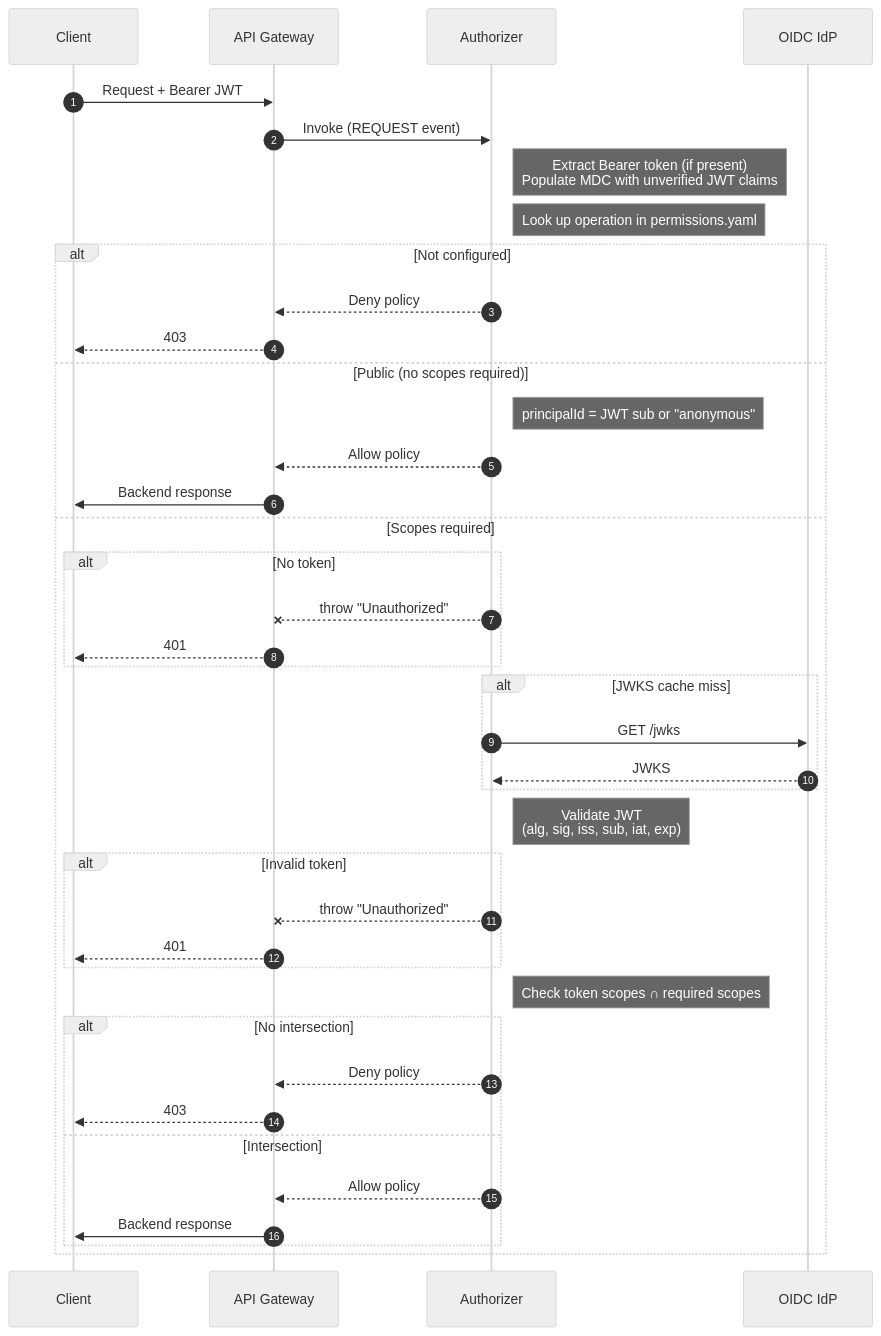
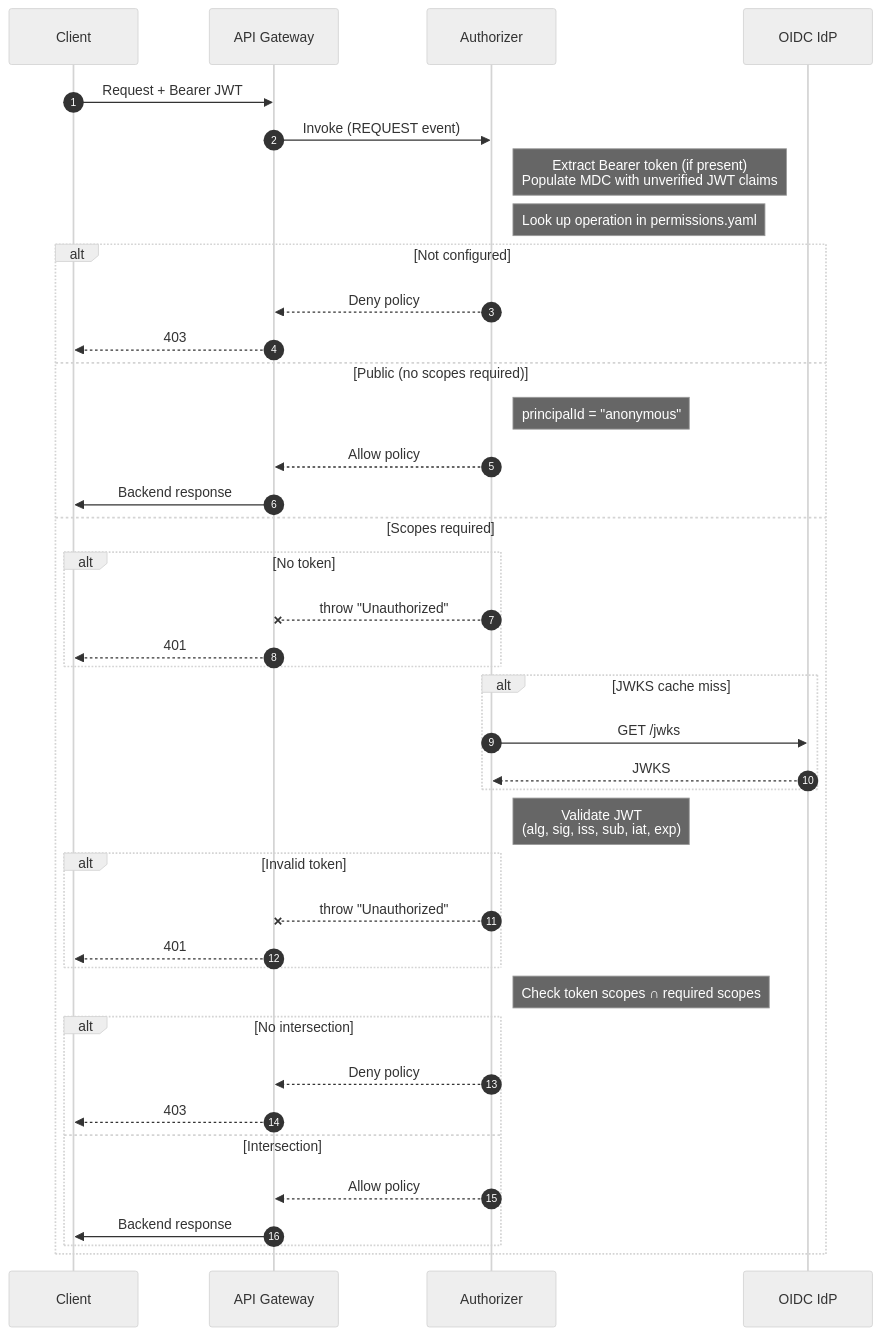
The diagram in README.md (adamdezsi89/secret-lambda), drawn with Mermaid (neutral theme) before and after one commit. The commit also changed other lines of this file and 1 other file, not shown here.

````diff
--- a/README.md
+++ b/README.md
@@ -59,51 +59,51 @@
 ```mermaid
 sequenceDiagram
   autonumber
   participant C as Client
   participant AG as API Gateway
   participant LA as Authorizer
   participant IdP as OIDC IdP
 
   C->>AG: Request + Bearer JWT
   AG->>LA: Invoke (REQUEST event)
 
   note right of LA: Extract Bearer token (if present)<br/>Populate MDC with unverified JWT claims
   note right of LA: Look up operation in permissions.yaml
 
   alt Not configured
     LA-->>AG: Deny policy
     AG-->>C: 403
   else Public (no scopes required)
-    note right of LA: principalId = JWT sub or "anonymous"
+    note right of LA: principalId = "anonymous"
     LA-->>AG: Allow policy
     AG->>C: Backend response
   else Scopes required
 
     alt No token
       LA--xAG: throw "Unauthorized"
       AG-->>C: 401
     end
 
     alt JWKS cache miss
       LA->>IdP: GET /jwks
       IdP-->>LA: JWKS
     end
 
     note right of LA: Validate JWT<br/>(alg, sig, iss, sub, iat, exp)
 
     alt Invalid token
       LA--xAG: throw "Unauthorized"
       AG-->>C: 401
     end
 
     note right of LA: Check token scopes ∩ required scopes
 
     alt No intersection
       LA-->>AG: Deny policy
       AG-->>C: 403
     else Intersection
       LA-->>AG: Allow policy
       AG->>C: Backend response
     end
   end
 ```
````
